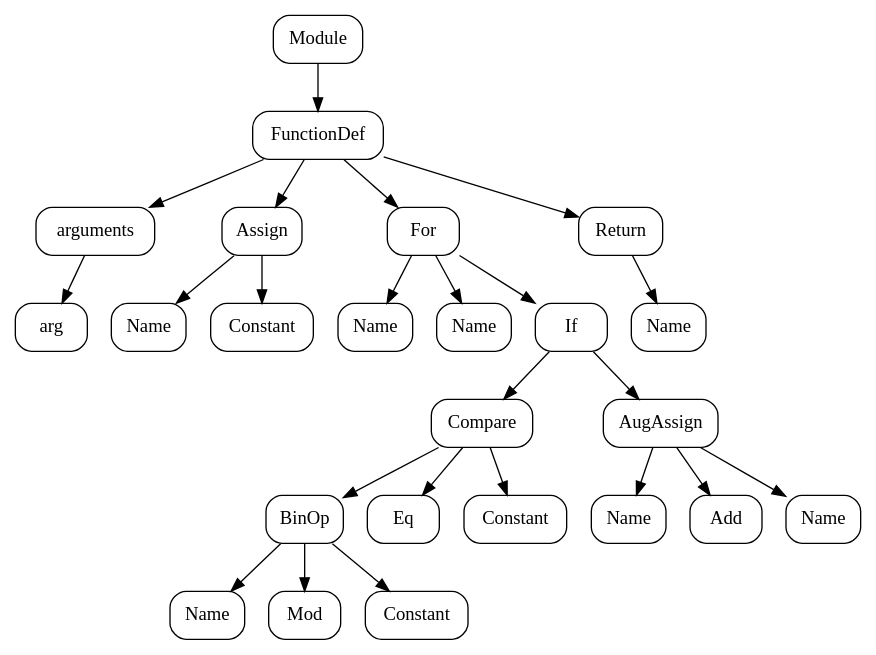
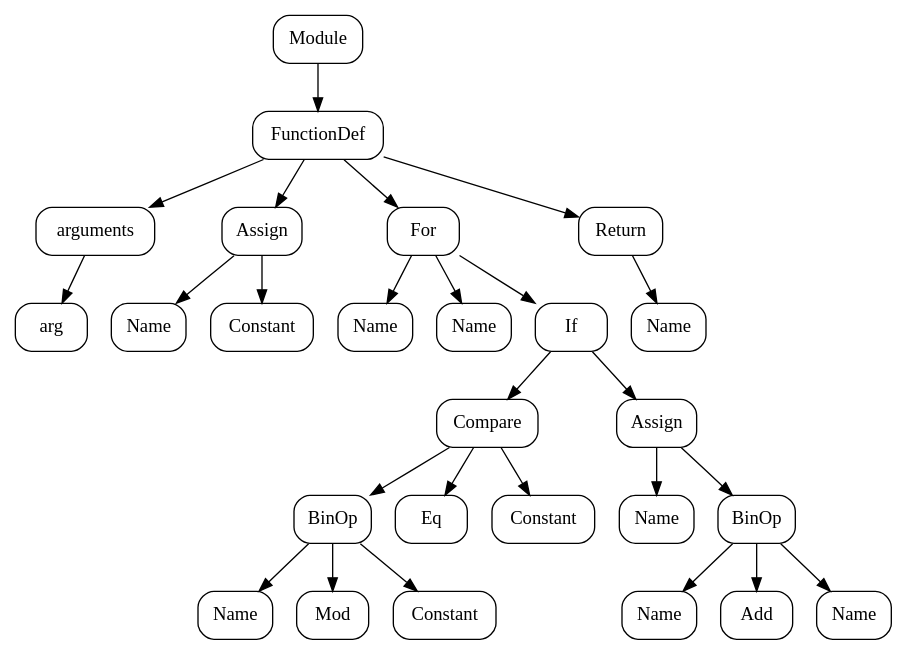
The diagram in results/ast_visualizations/case_01_code_a.dot (Javierch1405/python-plagiarism-detector), drawn with Graphviz before and after one commit. The commit also changed 11 other files, not shown here.

Commit message:
Refactor preprocessing flow and integrate semantic analysis outputs

```diff
--- a/results/ast_visualizations/case_01_code_a.dot
+++ b/results/ast_visualizations/case_01_code_a.dot
@@ -1,51 +1,55 @@
 digraph AST {
   rankdir=TB;
   node [shape=box, style="rounded", fontname="Menlo"];
   n0 [label="Module"];
   n1 [label="FunctionDef"];
   n2 [label="arguments"];
   n3 [label="arg"];
   n2 -> n3;
   n1 -> n2;
   n4 [label="Assign"];
   n5 [label="Name"];
   n4 -> n5;
   n6 [label="Constant"];
   n4 -> n6;
   n1 -> n4;
   n7 [label="For"];
   n8 [label="Name"];
   n7 -> n8;
   n9 [label="Name"];
   n7 -> n9;
   n10 [label="If"];
   n11 [label="Compare"];
   n12 [label="BinOp"];
   n13 [label="Name"];
   n12 -> n13;
   n14 [label="Mod"];
   n12 -> n14;
   n15 [label="Constant"];
   n12 -> n15;
   n11 -> n12;
   n16 [label="Eq"];
   n11 -> n16;
   n17 [label="Constant"];
   n11 -> n17;
   n10 -> n11;
-  n18 [label="AugAssign"];
+  n18 [label="Assign"];
   n19 [label="Name"];
   n18 -> n19;
-  n20 [label="Add"];
+  n20 [label="BinOp"];
+  n21 [label="Name"];
+  n20 -> n21;
+  n22 [label="Add"];
+  n20 -> n22;
+  n23 [label="Name"];
+  n20 -> n23;
   n18 -> n20;
-  n21 [label="Name"];
-  n18 -> n21;
   n10 -> n18;
   n7 -> n10;
   n1 -> n7;
-  n22 [label="Return"];
-  n23 [label="Name"];
-  n22 -> n23;
-  n1 -> n22;
+  n24 [label="Return"];
+  n25 [label="Name"];
+  n24 -> n25;
+  n1 -> n24;
   n0 -> n1;
 }
```
